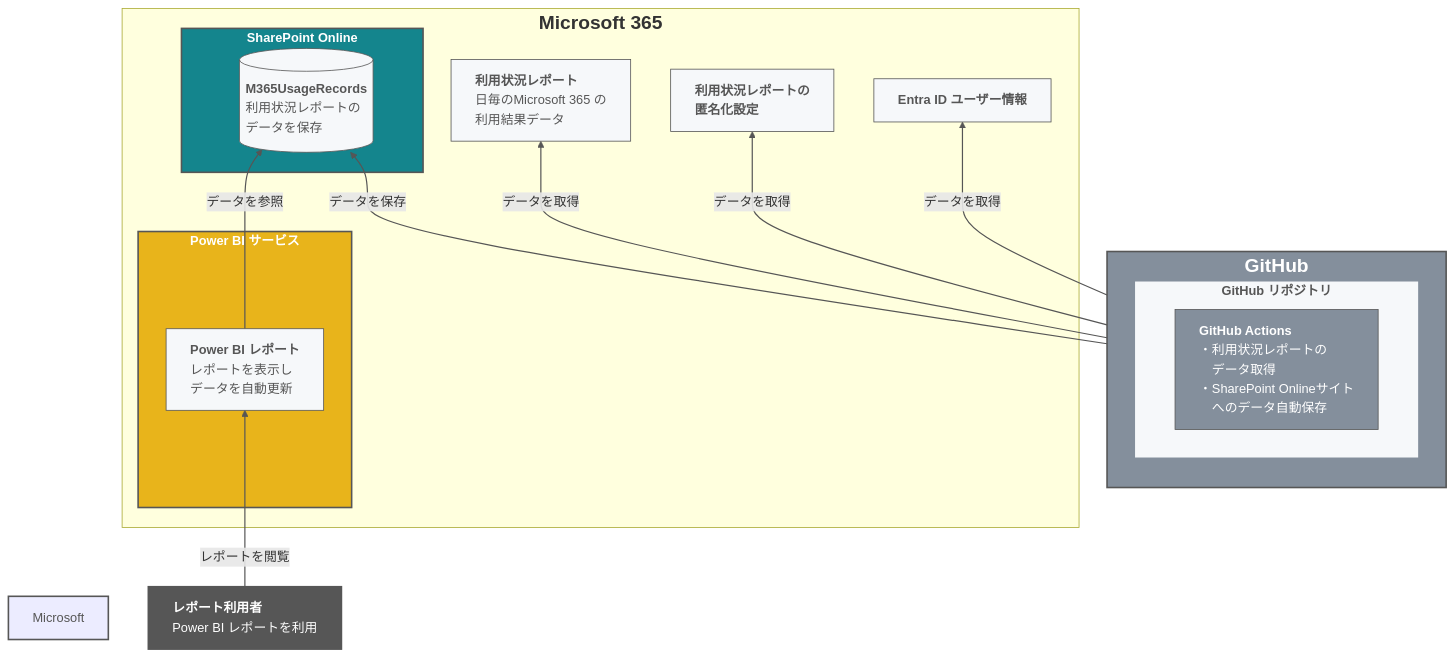
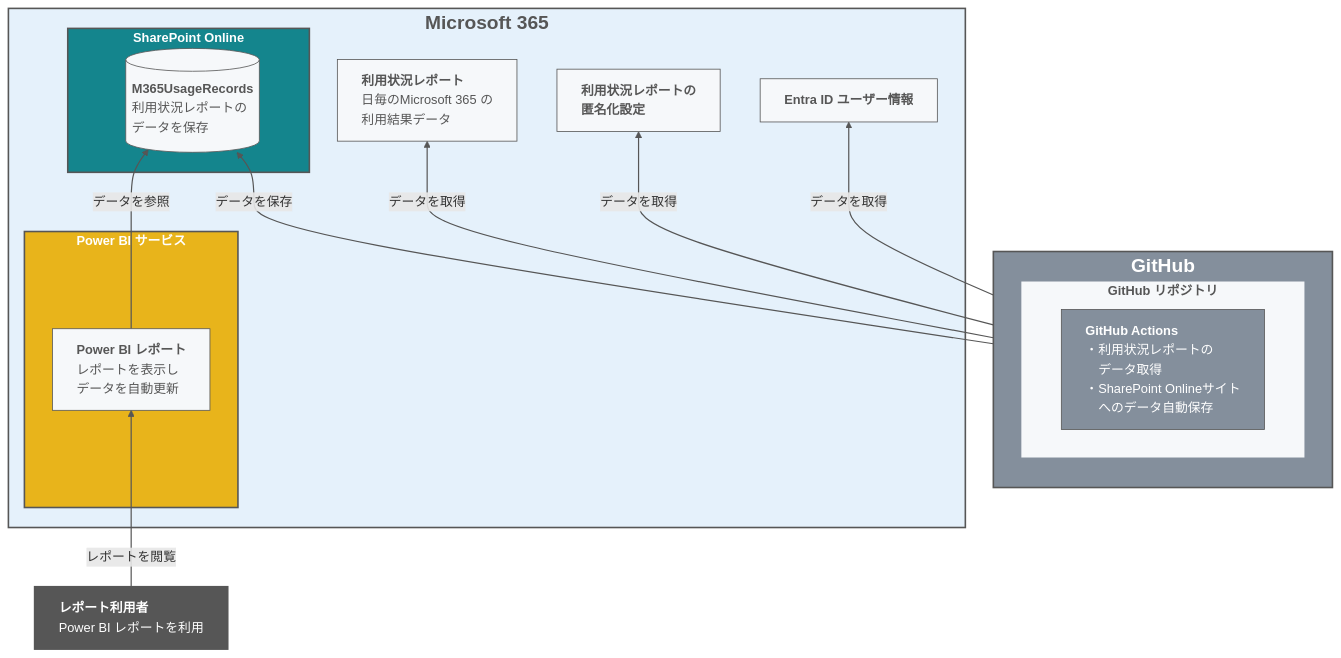
One commit to ntc-uchida-co-jp/ms-giga-usage-report changed the diagram in README.md. Above: the diagram before and after it, drawn with Mermaid. The commit also changed other lines of this file, not shown here.

````diff
--- a/README.md
+++ b/README.md
@@ -59,52 +60,52 @@
 ```mermaid
 graph BT
-    subgraph Microsoft 365 ["<div style='font-size:24px;'><b>Microsoft 365</b></div>"]
+    subgraph Microsoft365 ["<div style='font-size:24px;'><b>Microsoft 365</b></div>"]
         usageReport["<div style='text-align: left;'><b>利用状況レポート</b><br>日毎のMicrosoft 365 の<br>利用結果データ</div>"]
         style usageReport fill:#F6F8FA,stroke:#565656,stroke-width:1px,color:#565656
 
         usageReportSetting["<div style='text-align: left;'><b>利用状況レポートの<br>匿名化設定</b></div>"]
         style usageReportSetting fill:#F6F8FA,stroke:#565656,stroke-width:1px,color:#565656
 
         UserData["<div style='text-align: left;'><b>Entra ID ユーザー情報</b></div>"]
         style UserData fill:#F6F8FA,stroke:#565656,stroke-width:1px,color:#565656
 
         subgraph SharePoint ["<b>SharePoint Online</b>"]
             usageRecords[("<div style='text-align: left;'><b>M365UsageRecords</b><br>利用状況レポートの<br>データを保存</div>")]
             style usageRecords fill:#F6F8FA,stroke:#565656,stroke-width:1px,color:#565656
         end
         style SharePoint fill:#14858d,stroke:#565656,stroke-width:2px,color:#fff
 
         subgraph PowerBIService ["<b>Power BI サービス</b>"]
             powerBIReport["<div style='text-align: left;'><b>Power BI レポート</b><br>レポートを表示し<br>データを自動更新</div>"]
             style powerBIReport fill:#F6F8FA,stroke:#565656,stroke-width:1px,color:#565656
         end
         style PowerBIService fill:#e8b41b,stroke:#565656,stroke-width:2px,color:#fff
 
     end
-    style Microsoft 365 fill:#E5F1FB,stroke:#565656,stroke-width:2px,color:#565656
+    style Microsoft365 fill:#E5F1FB,stroke:#565656,stroke-width:2px,color:#565656
 
     subgraph GitHub ["<div style='font-size:24px;'><b>GitHub</b></div>"]
         subgraph githubRepo ["<b>GitHub リポジトリ</b>"]
             githubActions["<div style='text-align: left;'><b>GitHub Actions</b><br>・利用状況レポートの<br>　データ取得<br>・SharePoint Onlineサイト<br>　へのデータ自動保存</div>"]
             style githubActions fill:#848F9C,stroke:#565656,stroke-width:1px,color:#fff
         end
         style githubRepo fill:#F6F8FA,stroke:#565656,stroke-width:0px,color:#565656
     end
     style GitHub fill:#848F9C,stroke:#565656,stroke-width:2px,color:#fff
 
     user["<div style='text-align: left;'><b>レポート利用者</b><br>Power BI レポートを利用</div>"]
     style user fill:#565656,stroke:#565656,stroke-width:2px,color:#fff
 
     GitHub -->|データを取得| usageReport
     GitHub -->|データを取得| usageReportSetting
     GitHub -->|データを取得| UserData
     GitHub -->|データを保存| usageRecords
     powerBIReport -->|データを参照| usageRecords
     user -->|レポートを閲覧| powerBIReport
     linkStyle 0 stroke:#565656, stroke-width:1.5px;
     linkStyle 1 stroke:#565656, stroke-width:1.5px;
     linkStyle 2 stroke:#565656, stroke-width:1.5px;
     linkStyle 3 stroke:#565656, stroke-width:1.5px;
     linkStyle 4 stroke:#565656, stroke-width:1.5px;
     linkStyle 5 stroke:#565656, stroke-width:1.5px;
 ```
````
